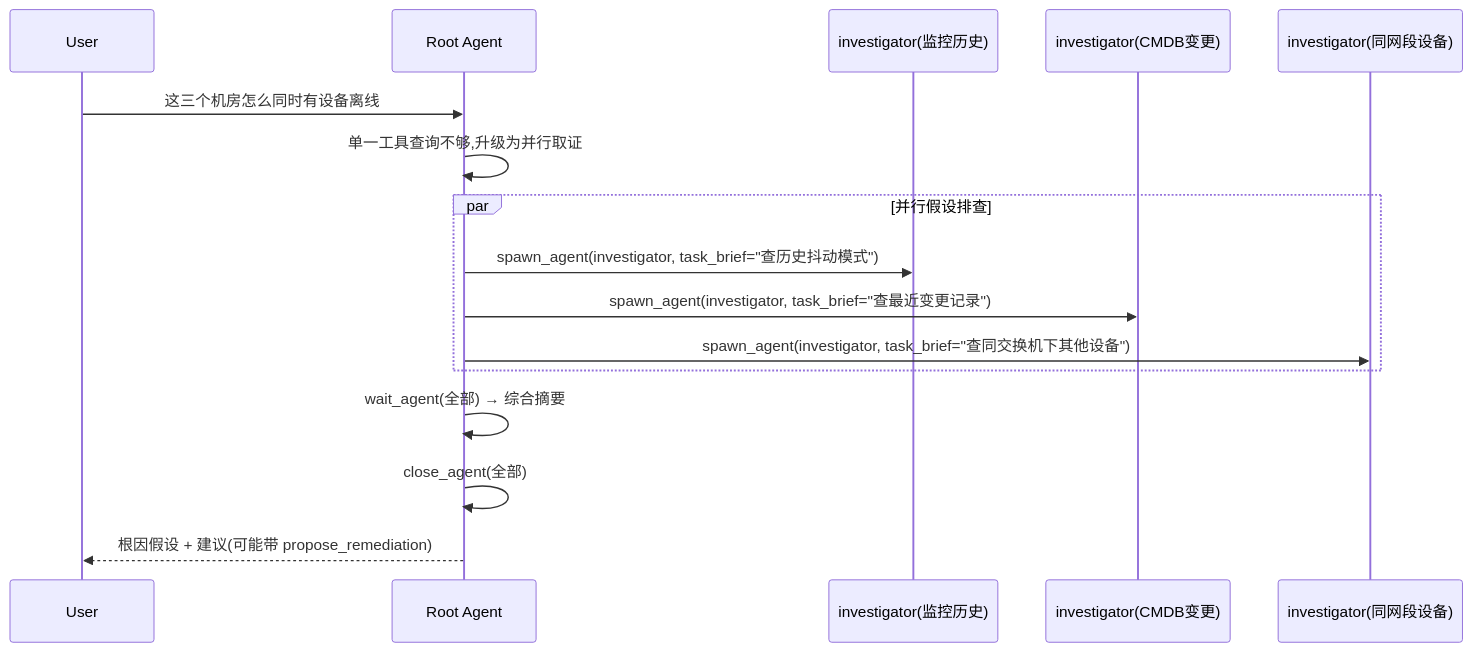
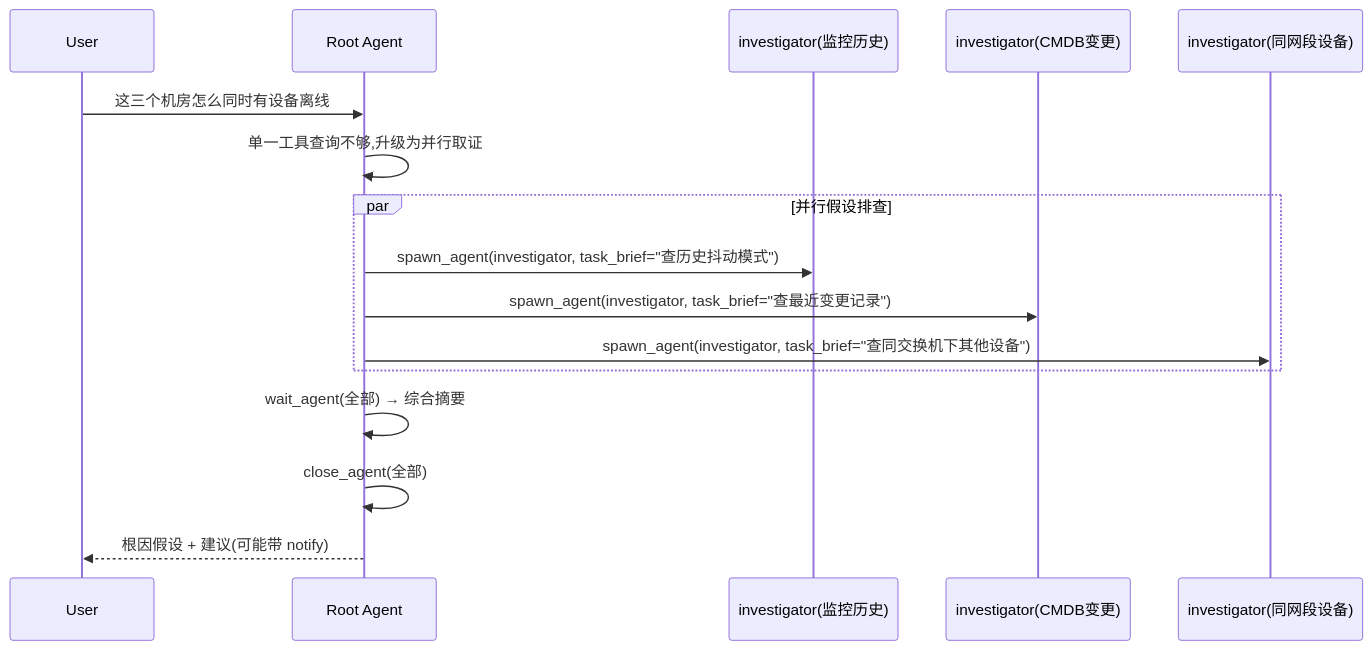
Before and after one commit to lijianqiao/cmdb-ai: the fourth of 5 diagrams in docs/AGENT_ARCHITECTURE.md, drawn with Mermaid. The commit also changed other lines of this file, not shown here.

````diff
--- a/docs/AGENT_ARCHITECTURE.md
+++ b/docs/AGENT_ARCHITECTURE.md
@@ -366,19 +366,19 @@
 ```mermaid
 sequenceDiagram
     participant U as User
     participant Root as Root Agent
     participant I1 as investigator(监控历史)
     participant I2 as investigator(CMDB变更)
     participant I3 as investigator(同网段设备)
 
     U->>Root: 这三个机房怎么同时有设备离线
     Root->>Root: 单一工具查询不够,升级为并行取证
     par 并行假设排查
         Root->>I1: spawn_agent(investigator, task_brief="查历史抖动模式")
         Root->>I2: spawn_agent(investigator, task_brief="查最近变更记录")
         Root->>I3: spawn_agent(investigator, task_brief="查同交换机下其他设备")
     end
     Root->>Root: wait_agent(全部) → 综合摘要
     Root->>Root: close_agent(全部)
-    Root-->>U: 根因假设 + 建议(可能带 propose_remediation)
+    Root-->>U: 根因假设 + 建议(可能带 notify)
 ```
````
